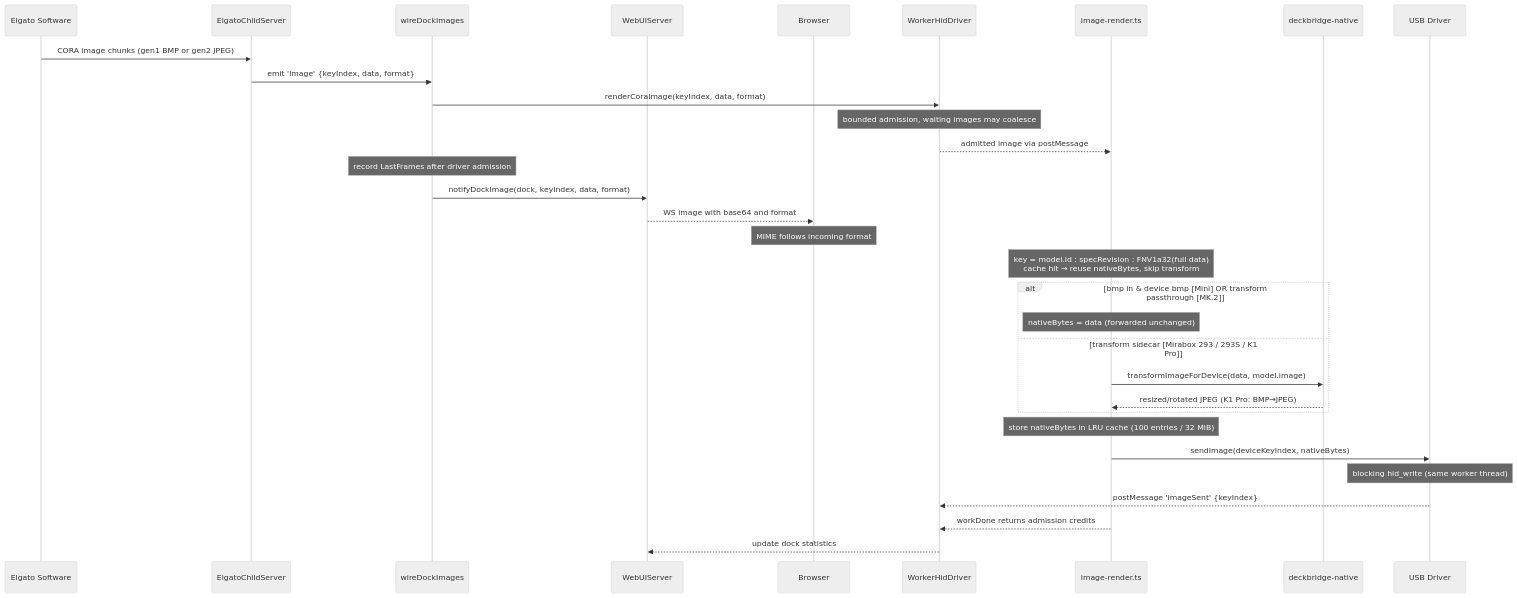
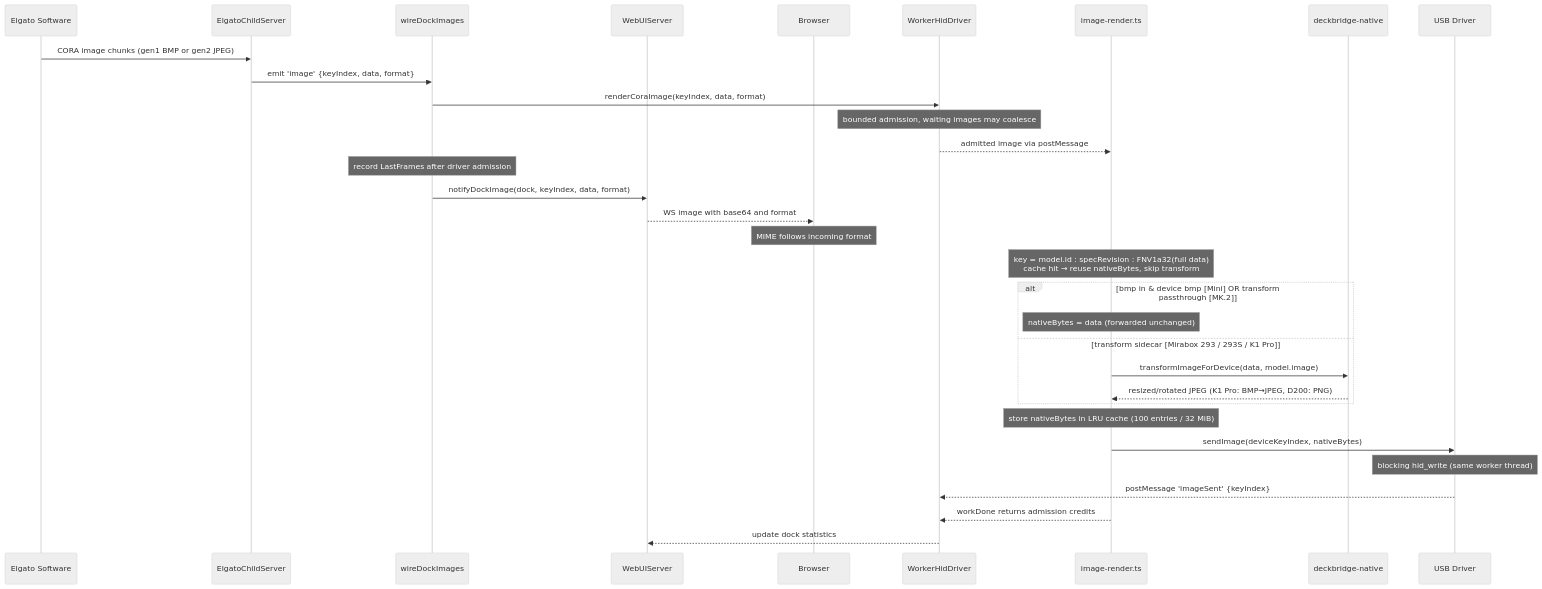
One commit to lukasMega/DeckBridge changed the diagram in docs/image-flow.md. Above: the diagram before and after it, drawn with Mermaid (neutral theme). The commit also changed other lines of this file and 48 other files, not shown here.

````diff
--- a/docs/image-flow.md
+++ b/docs/image-flow.md
@@ -71,38 +86,38 @@
 ```mermaid
 sequenceDiagram
     participant EL as Elgato Software
     participant CS as ElgatoChildServer
     participant PIPE as wireDockImages
     participant WEB as WebUIServer
     participant BR as Browser
     participant HOST as WorkerHidDriver
     participant REND as image-render.ts
     participant RS as deckbridge-native
     participant DRV as USB Driver
 
     EL->>CS: CORA image chunks (gen1 BMP or gen2 JPEG)
     CS->>PIPE: emit 'image' {keyIndex, data, format}
 
     PIPE->>HOST: renderCoraImage(keyIndex, data, format)
     Note over HOST: bounded admission, waiting images may coalesce
     HOST-->>REND: admitted image via postMessage
     Note over PIPE: record LastFrames after driver admission
     PIPE->>WEB: notifyDockImage(dock, keyIndex, data, format)
     WEB-->>BR: WS image with base64 and format
     Note over BR: MIME follows incoming format
     Note over REND: key = model.id : specRevision : FNV1a32(full data)<br/>cache hit → reuse nativeBytes, skip transform
 
     alt bmp in & device bmp [Mini]  OR  transform passthrough [MK.2]
         Note over REND: nativeBytes = data (forwarded unchanged)
     else transform sidecar [Mirabox 293 / 293S / K1 Pro]
         REND->>RS: transformImageForDevice(data, model.image)
-        RS-->>REND: resized/rotated JPEG (K1 Pro: BMP→JPEG)
+        RS-->>REND: resized/rotated JPEG (K1 Pro: BMP→JPEG, D200: PNG)
     end
 
     Note over REND: store nativeBytes in LRU cache (100 entries / 32 MiB)
     REND->>DRV: sendImage(deviceKeyIndex, nativeBytes)
     Note over DRV: blocking hid_write (same worker thread)
     DRV-->>HOST: postMessage 'imageSent' {keyIndex}
     REND-->>HOST: workDone returns admission credits
     HOST-->>WEB: update dock statistics
 ```
````
